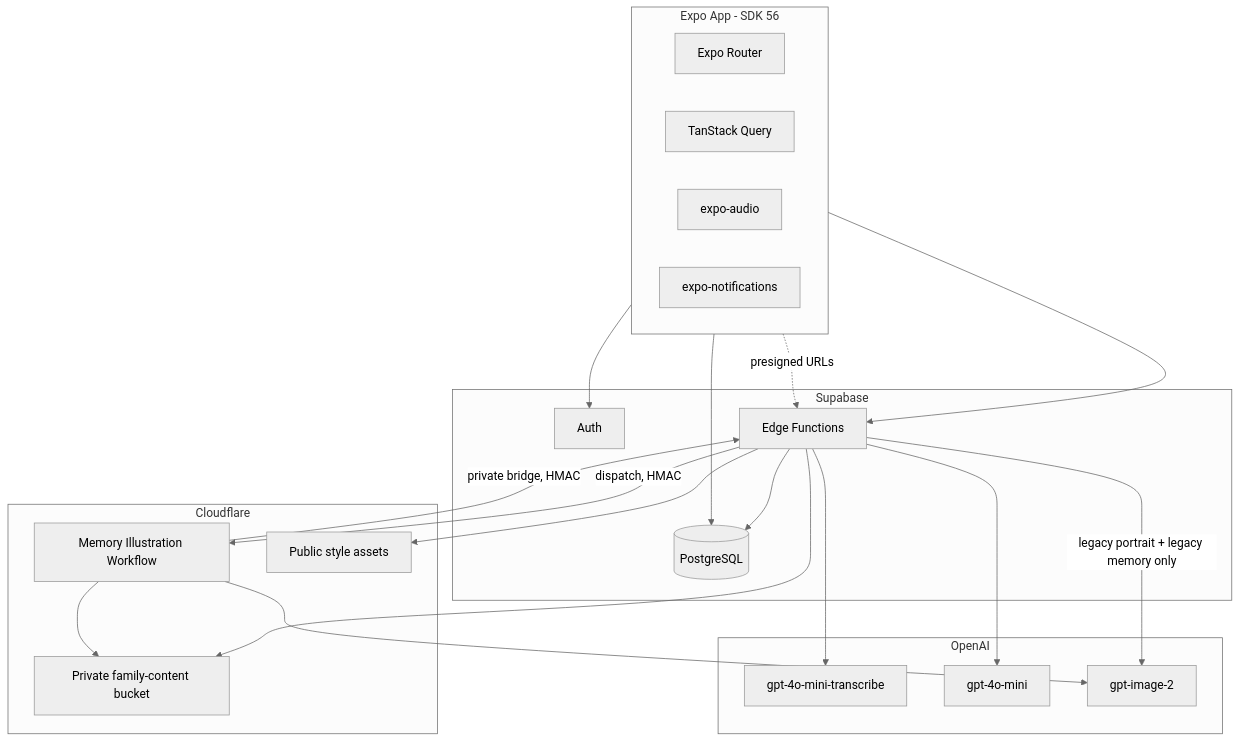
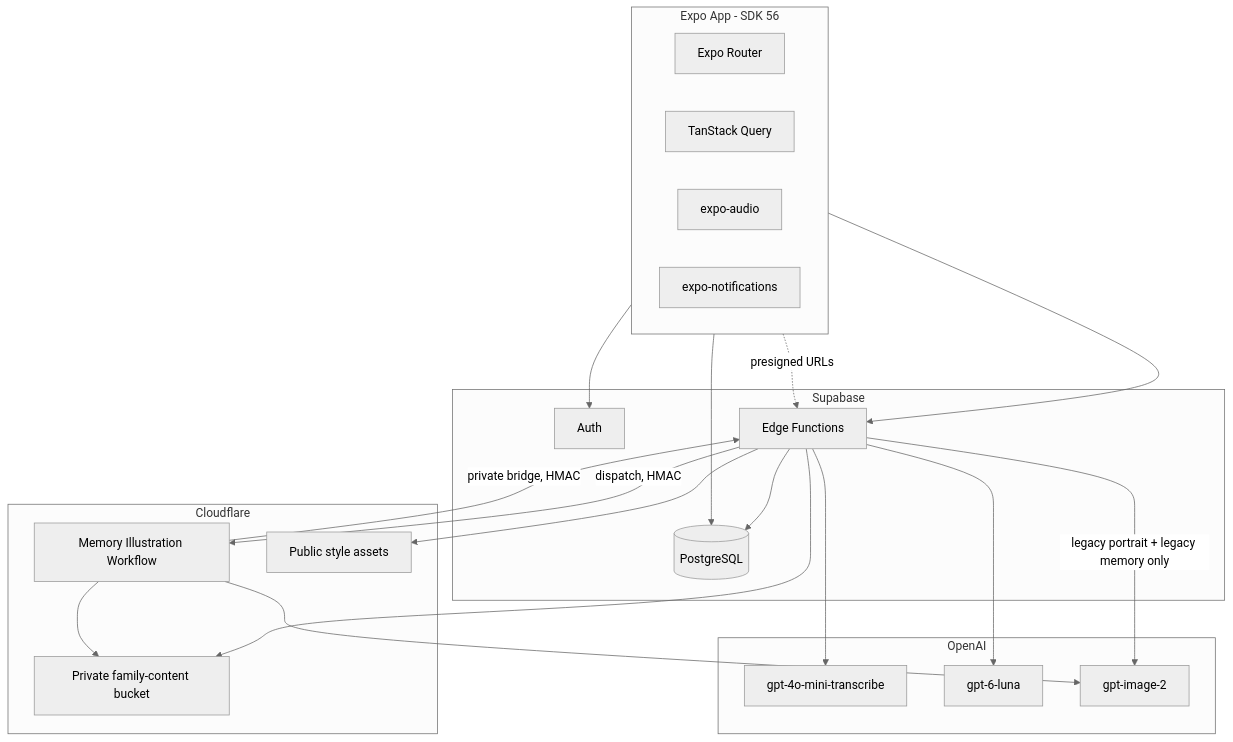
Before and after one commit to eduardoyi/newmomora: the first of 2 diagrams in docs/TECH_SPEC.md, drawn with Mermaid (neutral theme). The commit also changed other lines of this file and 27 other files, not shown here.

First line of the commit message:
Illustrations: camera director; routine chat/vision on gpt-6-luna

````diff
--- a/docs/TECH_SPEC.md
+++ b/docs/TECH_SPEC.md
@@ -14,42 +14,42 @@
 ```mermaid
 flowchart TB
     subgraph client [Expo App - SDK 56]
         Router[Expo Router]
         RQ[TanStack Query]
         Audio[expo-audio]
         Push[expo-notifications]
     end
 
     subgraph supabase [Supabase]
         Auth[Auth]
         DB[(PostgreSQL)]
         Edge[Edge Functions]
     end
 
     subgraph cloudflare [Cloudflare]
         Workflow[Memory Illustration Workflow]
         R2Private[Private family-content bucket]
         R2Public[Public style assets]
     end
 
     subgraph openai [OpenAI]
         STT[gpt-4o-mini-transcribe]
-        LLM[gpt-4o-mini]
+        LLM[gpt-6-luna]
         Image[gpt-image-2]
     end
 
     client --> Auth
     client --> DB
     client --> Edge
     Edge --> DB
     Edge --> R2Private
     Edge --> R2Public
     Edge --> STT
     Edge --> LLM
     Edge -->|legacy portrait + legacy memory only| Image
     Edge -->|dispatch, HMAC| Workflow
     Workflow -->|private bridge, HMAC| Edge
     Workflow --> Image
     Workflow --> R2Private
     client -. presigned URLs .-> Edge
 ```
````
